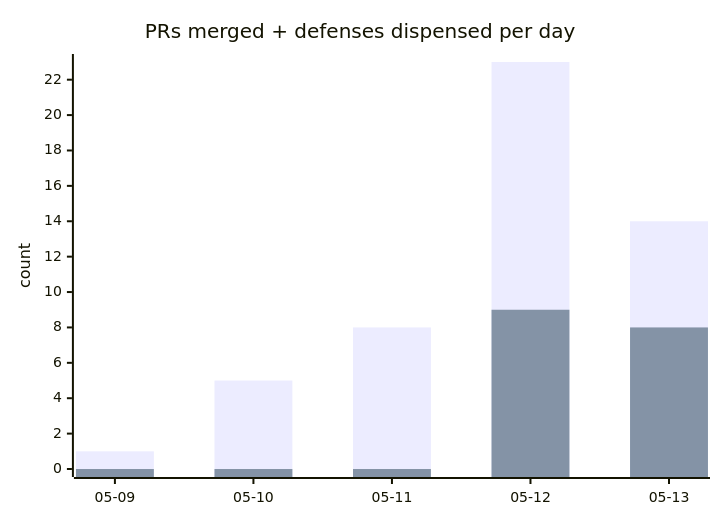
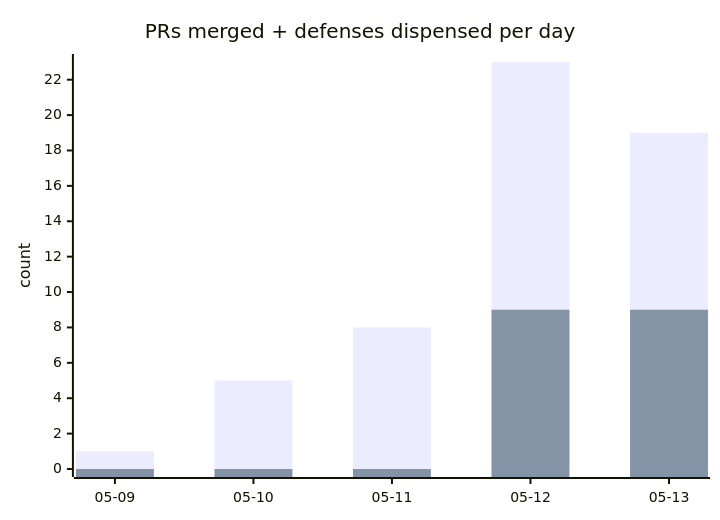
The second of 3 diagrams in README.md (kimjune01/kimjune01), drawn with Mermaid before and after one commit. The commit also changed other lines of this file, not shown here.

````diff
--- a/README.md
+++ b/README.md
@@ -17,8 +17,8 @@
 ```mermaid
 xychart-beta
     title "PRs merged + defenses dispensed per day"
     x-axis ["05-09", "05-10", "05-11", "05-12", "05-13"]
     y-axis "count"
-    bar [1, 5, 8, 23, 14]
-    bar [0, 0, 0, 9, 8]
+    bar [1, 5, 8, 23, 19]
+    bar [0, 0, 0, 9, 9]
 ```
````
